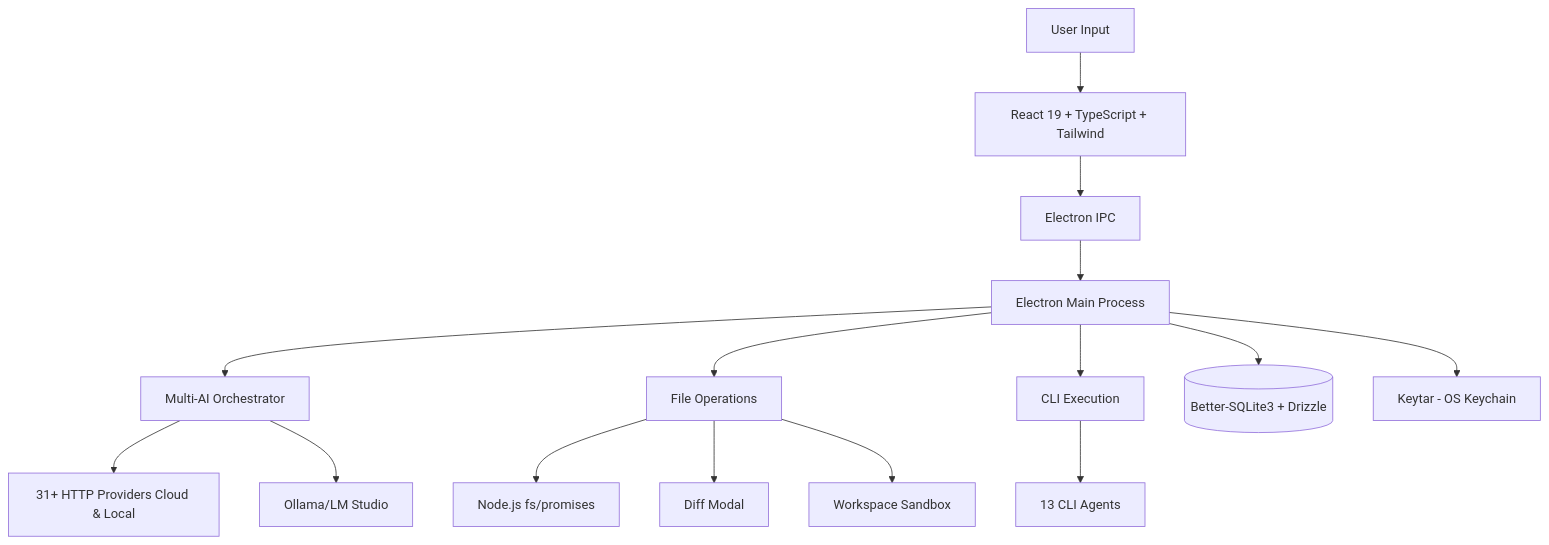
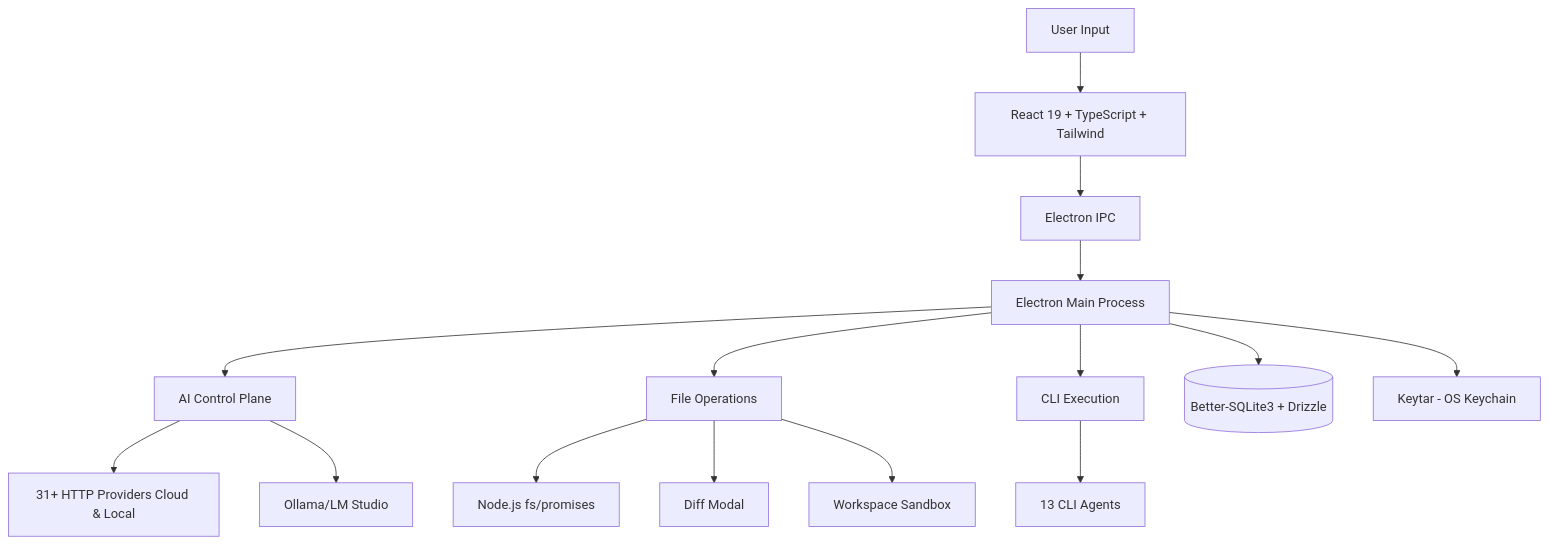
One commit to pavan53732/aide-desktop changed the diagram in SPECIFICATIONS.md. Above: the diagram before and after it, drawn with Mermaid. The commit also changed other lines of this file and 2 other files, not shown here.

Commit message:
feat: Constitutional compliance patches for core architecture

````diff
--- a/SPECIFICATIONS.md
+++ b/SPECIFICATIONS.md
@@ -170,21 +176,21 @@
 ```mermaid
 graph TB
     User[User Input] --> Frontend[React 19 + TypeScript + Tailwind]
     Frontend --> IPC[Electron IPC]
 
     IPC --> Main[Electron Main Process]
-    Main --> MultiAI[Multi-AI Orchestrator]
+    Main --> MultiAI[AI Control Plane]
     Main --> FileOps[File Operations]
     Main --> CLIExec[CLI Execution]
 
     MultiAI --> HTTP[31+ HTTP Providers Cloud & Local]
     MultiAI --> LocalAI[Ollama/LM Studio]
     CLIExec --> CLI[13 CLI Agents]
 
     FileOps --> NodeFS[Node.js fs/promises]
     FileOps --> Diff[Diff Modal]
     FileOps --> Sandbox[Workspace Sandbox]
 
     Main --> SQLite[(Better-SQLite3 + Drizzle)]
     Main --> Keychain[Keytar - OS Keychain]
 ```
````
